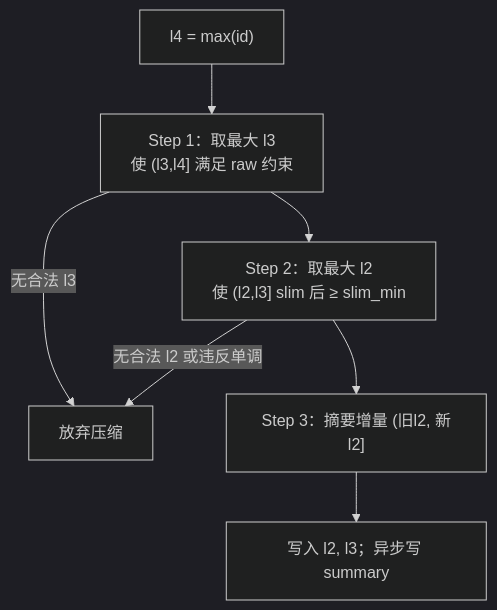
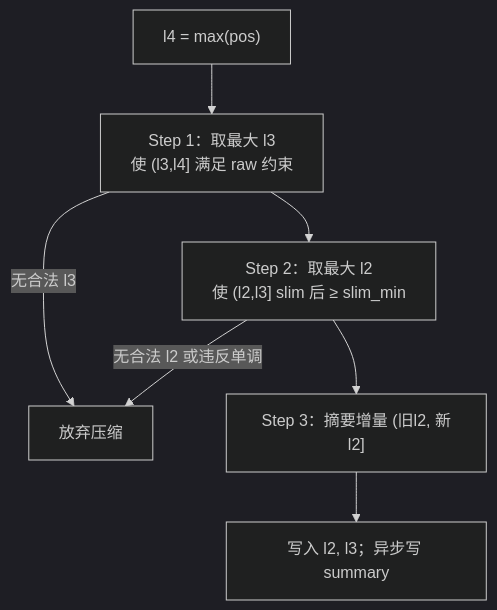
One commit to freeanima-org/freeanima changed the fifth of 10 diagrams in docs/compression.md. Above: the diagram before and after it, drawn with Mermaid (dark theme). The commit also changed other lines of this file and 14 other files, not shown here.

````diff
--- a/docs/compression.md
+++ b/docs/compression.md
@@ -181,10 +182,10 @@
 ```mermaid
 flowchart TD
-  start["l4 = max(id)"]
+  start["l4 = max(pos)"]
   start --> s1["Step 1：取最大 l3<br/>使 (l3,l4] 满足 raw 约束"]
   s1 -->|无合法 l3| abort["放弃压缩"]
   s1 --> s2["Step 2：取最大 l2<br/>使 (l2,l3] slim 后 ≥ slim_min"]
   s2 -->|无合法 l2 或违反单调| abort
   s2 --> s3["Step 3：摘要增量 (旧l2, 新l2]"]
   s3 --> write["写入 l2, l3；异步写 summary"]
 ```
````
